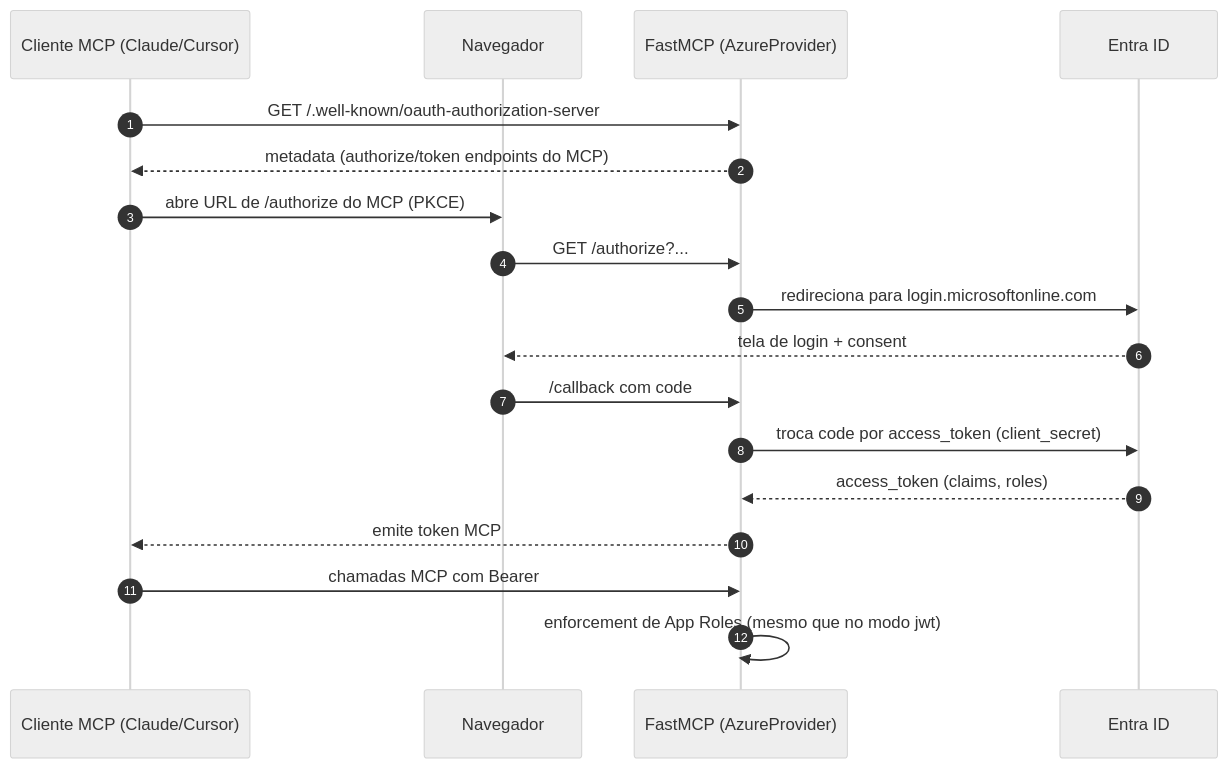
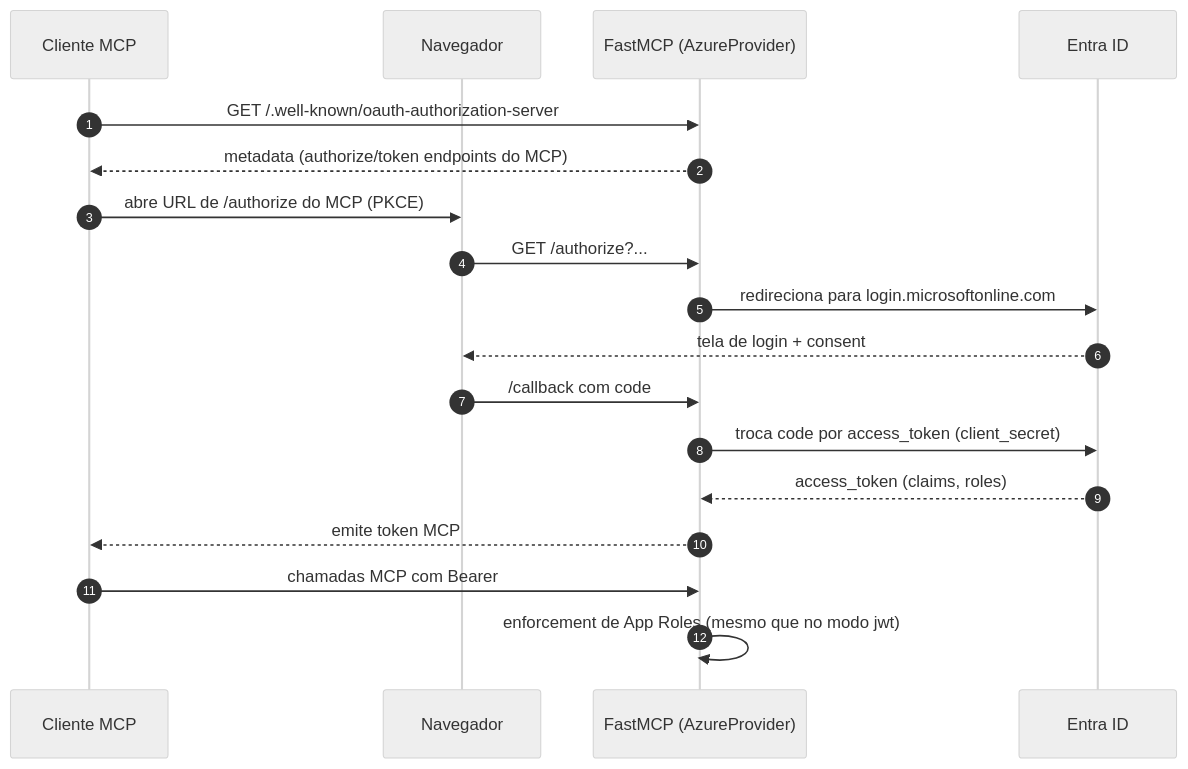
Before and after one commit to thiagorufino1/fastmcp-auth-entraid: the third of 3 diagrams in README.md, drawn with Mermaid (neutral theme). The commit also changed other lines of this file and 3 other files, not shown here.

````diff
--- a/README.md
+++ b/README.md
@@ -181,21 +173,21 @@
 ```mermaid
 sequenceDiagram
     autonumber
-    participant Client as Cliente MCP (Claude/Cursor)
+    participant Client as Cliente MCP
     participant Browser as Navegador
     participant MCP as FastMCP (AzureProvider)
     participant Entra as Entra ID
 
     Client->>MCP: GET /.well-known/oauth-authorization-server
     MCP-->>Client: metadata (authorize/token endpoints do MCP)
     Client->>Browser: abre URL de /authorize do MCP (PKCE)
     Browser->>MCP: GET /authorize?...
     MCP->>Entra: redireciona para login.microsoftonline.com
     Entra-->>Browser: tela de login + consent
     Browser->>MCP: /callback com code
     MCP->>Entra: troca code por access_token (client_secret)
     Entra-->>MCP: access_token (claims, roles)
     MCP-->>Client: emite token MCP
     Client->>MCP: chamadas MCP com Bearer
     MCP->>MCP: enforcement de App Roles (mesmo que no modo jwt)
 ```
````
